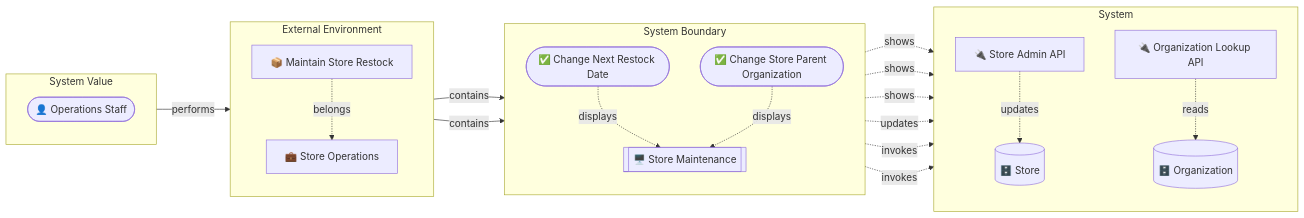
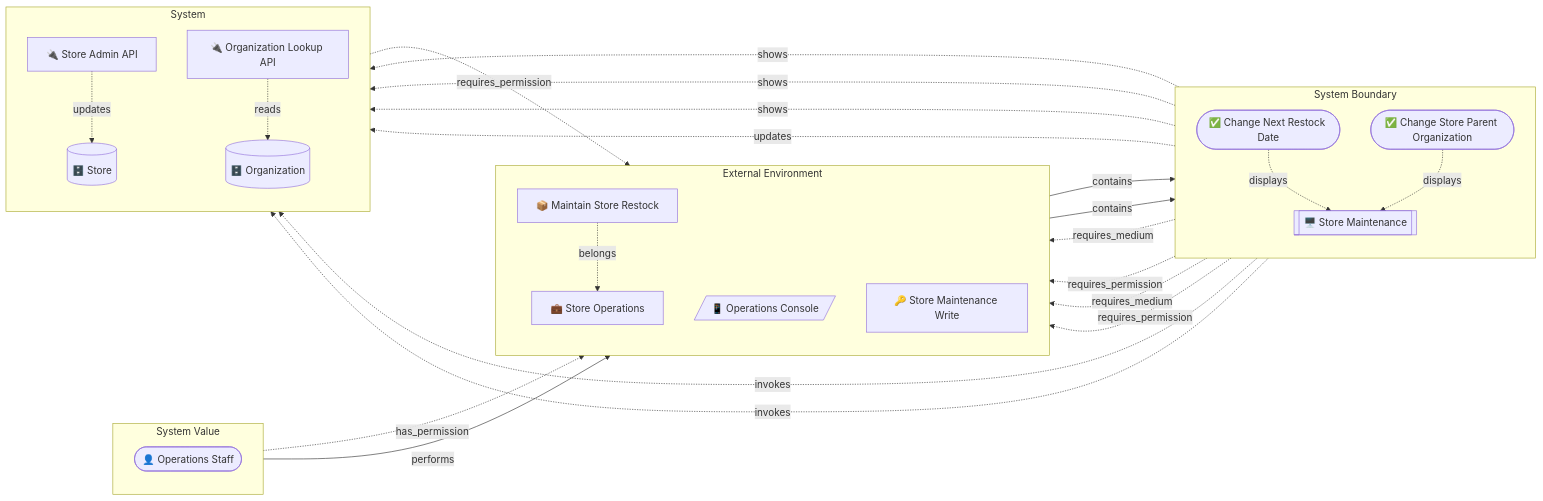
The diagram in samples/incremental-order/step-3-interaction-boundary/out/object_graph_buc_store_restock.mmd (manji-0/rdra-ish-dsl), drawn with Mermaid before and after one commit. The commit also changed 79 other files, not shown here.

```diff
--- a/samples/incremental-order/step-3-interaction-boundary/out/object_graph_buc_store_restock.mmd
+++ b/samples/incremental-order/step-3-interaction-boundary/out/object_graph_buc_store_restock.mmd
@@ -1,37 +1,45 @@
 flowchart LR
   subgraph layer_value[System Value]
     direction TB
     OpsStaff(["👤 Operations Staff"])
   end
   subgraph layer_environment[External Environment]
     direction TB
     StoreOperations["💼 Store Operations"]
     BucStoreRestock["📦 Maintain Store Restock"]
+    OpsConsole[/"📱 Operations Console"/]
+    StoreMaintenanceWrite["🔑 Store Maintenance Write"]
   end
   subgraph layer_boundary[System Boundary]
     direction TB
     ChangeNextRestockDate(["✅ Change Next Restock Date"])
     ChangeStoreParentOrganization(["✅ Change Store Parent Organization"])
     StoreMaintenanceScreen[["🖥️ Store Maintenance"]]
   end
   subgraph layer_system[System]
     direction TB
     OrganizationLookupApi["🔌 Organization Lookup API"]
     StoreAdminApi["🔌 Store Admin API"]
     Organization[("🗄️ Organization")]
     Store[("🗄️ Store")]
   end
+  OpsStaff -.->|has_permission| StoreMaintenanceWrite
   OpsStaff -->|performs| BucStoreRestock
+  StoreAdminApi -.->|requires_permission| StoreMaintenanceWrite
   StoreAdminApi -.->|updates| Store
   OrganizationLookupApi -.->|reads| Organization
   BucStoreRestock -.->|belongs| StoreOperations
   BucStoreRestock -->|contains| ChangeNextRestockDate
   BucStoreRestock -->|contains| ChangeStoreParentOrganization
   StoreMaintenanceScreen -.->|shows| Store
   StoreMaintenanceScreen -.->|shows| Store
   StoreMaintenanceScreen -.->|shows| Organization
   ChangeNextRestockDate -.->|displays| StoreMaintenanceScreen
+  ChangeNextRestockDate -.->|requires_medium| OpsConsole
+  ChangeNextRestockDate -.->|requires_permission| StoreMaintenanceWrite
   ChangeNextRestockDate -.->|updates| Store
   ChangeStoreParentOrganization -.->|displays| StoreMaintenanceScreen
   ChangeStoreParentOrganization -.->|invokes| StoreAdminApi
   ChangeStoreParentOrganization -.->|invokes| OrganizationLookupApi
+  ChangeStoreParentOrganization -.->|requires_medium| OpsConsole
+  ChangeStoreParentOrganization -.->|requires_permission| StoreMaintenanceWrite
```
